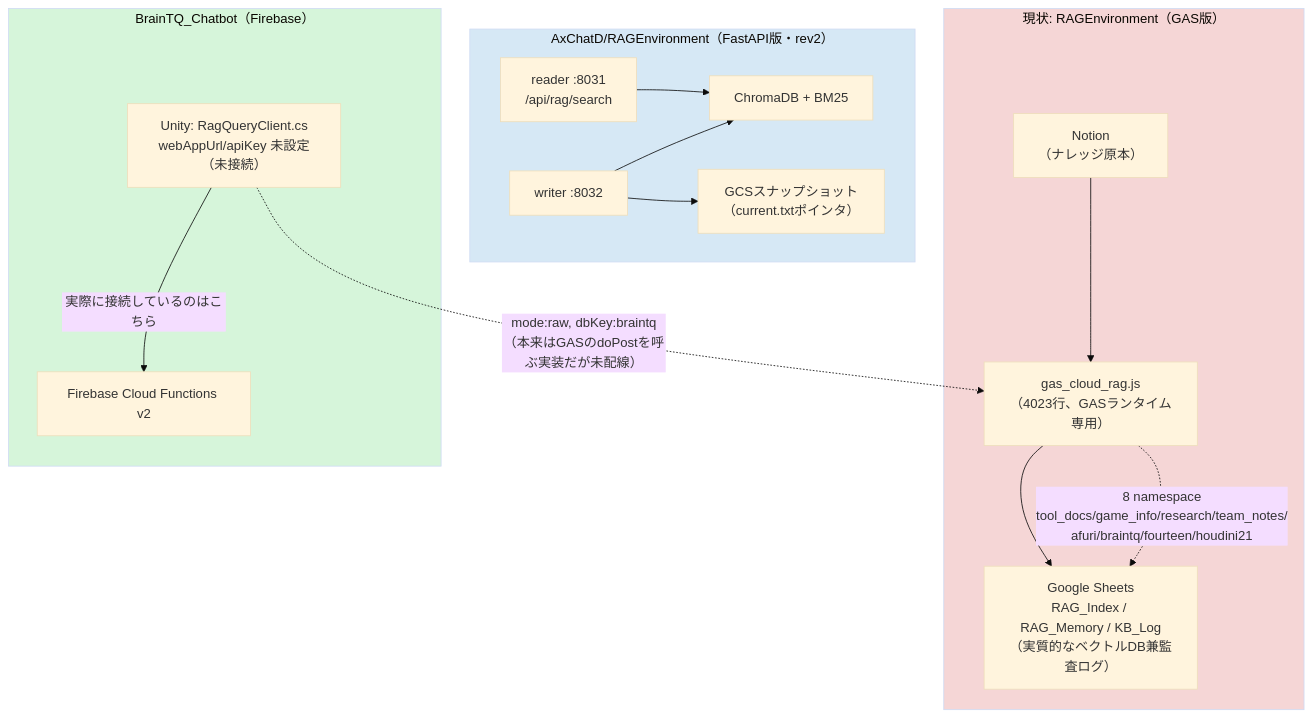
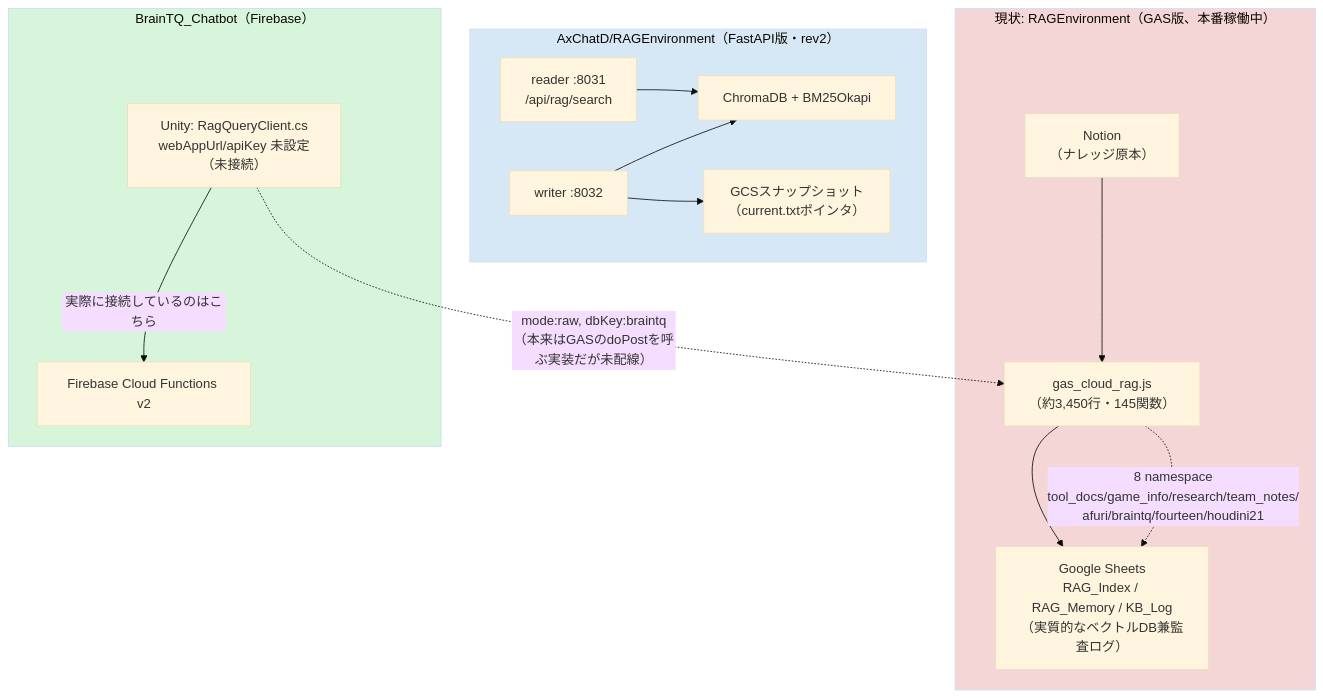
The diagram in docs/axchatd-rag-integration-plan.md (manato1201/DevelopmentRAGEnvironment), drawn with Mermaid (base theme) before and after one commit. The commit also changed other lines of this file and 26 other files, not shown here.

````diff
--- a/docs/axchatd-rag-integration-plan.md
+++ b/docs/axchatd-rag-integration-plan.md
@@ -25,30 +27,30 @@
 ```mermaid
 graph TB
-    subgraph Old["現状: RAGEnvironment（GAS版）"]
-        Notion["Notion<br/>（ナレッジ原本）"] --> GAS["gas_cloud_rag.js<br/>（4023行、GASランタイム専用）"]
+    subgraph Old["現状: RAGEnvironment（GAS版、本番稼働中）"]
+        Notion["Notion<br/>（ナレッジ原本）"] --> GAS["gas_cloud_rag.js<br/>（約3,450行・145関数）"]
         GAS --> Sheets["Google Sheets<br/>RAG_Index / RAG_Memory / KB_Log<br/>（実質的なベクトルDB兼監査ログ）"]
         GAS -.->|"8 namespace<br/>tool_docs/game_info/research/team_notes/<br/>afuri/braintq/fourteen/houdini21"| Sheets
     end
 
     subgraph New["AxChatD/RAGEnvironment（FastAPI版・rev2）"]
         Reader["reader :8031<br/>/api/rag/search"]
         Writer["writer :8032"]
-        Chroma["ChromaDB + BM25"]
+        Chroma["ChromaDB + BM25Okapi"]
         GCS["GCSスナップショット<br/>（current.txtポインタ）"]
         Reader --> Chroma
         Writer --> Chroma
         Writer --> GCS
     end
 
     subgraph BrainTQ["BrainTQ_Chatbot（Firebase）"]
         Unity["Unity: RagQueryClient.cs<br/>webAppUrl/apiKey 未設定（未接続）"]
         CF["Firebase Cloud Functions v2"]
     end
 
     Unity -.->|"mode:raw, dbKey:braintq<br/>（本来はGASのdoPostを呼ぶ実装だが未配線）"| GAS
     Unity -->|"実際に接続しているのはこちら"| CF
 
     style Old fill:#f5d6d6
     style New fill:#d6e8f5
     style BrainTQ fill:#d6f5da
 ```
````
